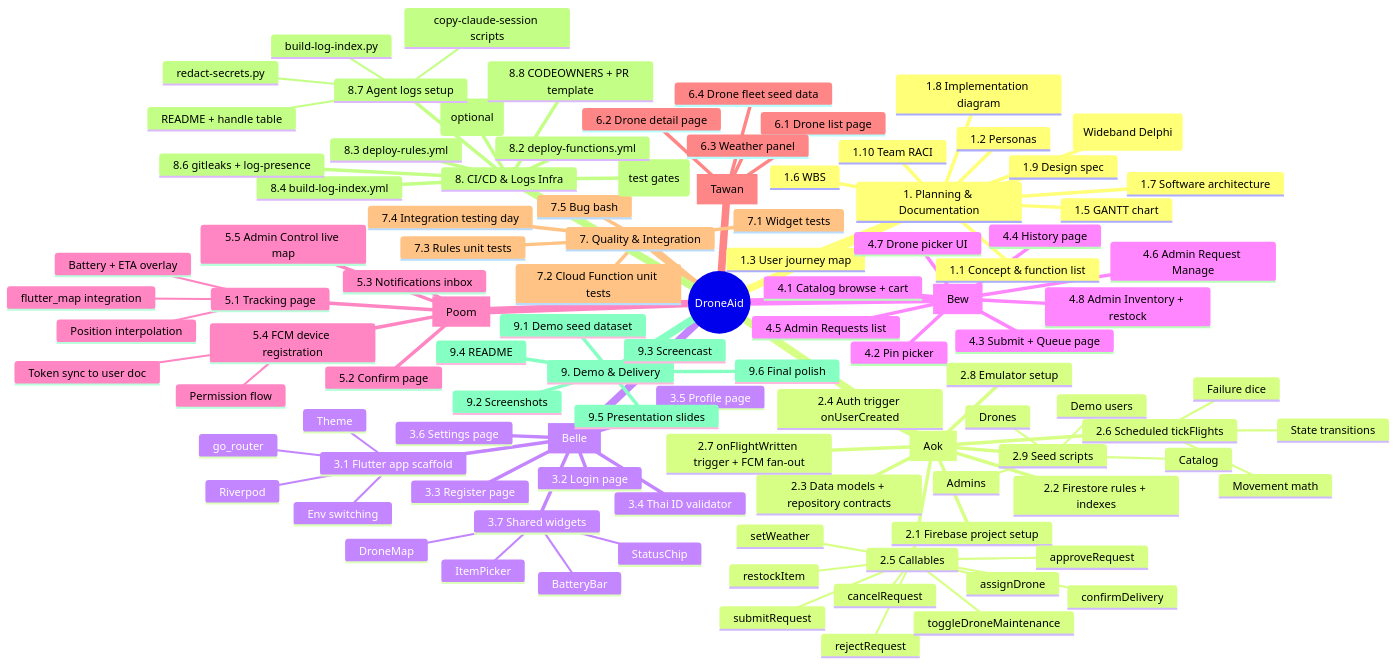
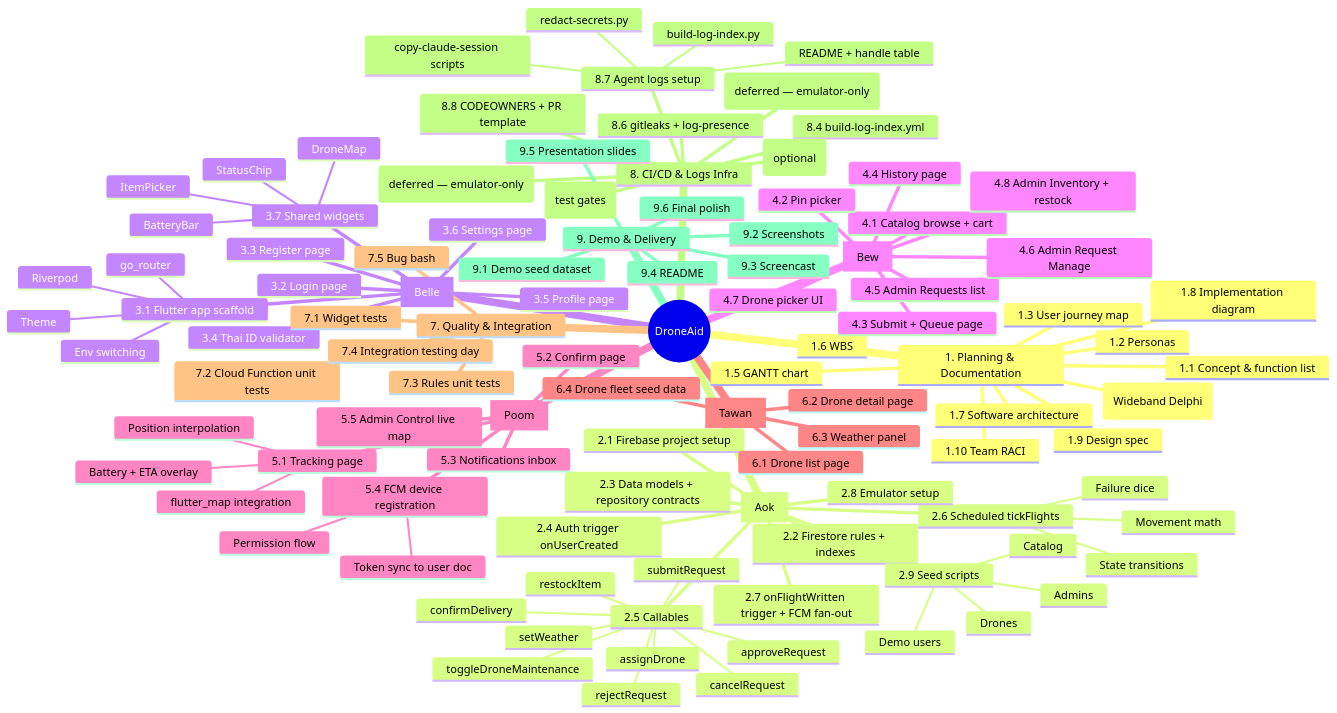
Before and after one commit to AokDesu/CSC291-DroneAid: the diagram in docs/06-wbs.md, drawn with Mermaid. The commit also changed other lines of this file and 3 other files, not shown here.

First line of the commit message:
chore(ci): remove deploy workflows (emulator-only project)

```diff
--- a/docs/06-wbs.md
+++ b/docs/06-wbs.md
@@ -93,8 +93,8 @@
       7.5 Bug bash
     8. CI/CD & Logs Infra
       8.1 ci.yml (test gates)
-      8.2 deploy-functions.yml
-      8.3 deploy-rules.yml
+      8.2 ~~deploy-functions.yml~~ (deferred — emulator-only)
+      8.3 ~~deploy-rules.yml~~ (deferred — emulator-only)
       8.4 build-log-index.yml
       8.5 claude-review.yml (optional)
       8.6 gitleaks + log-presence
```
